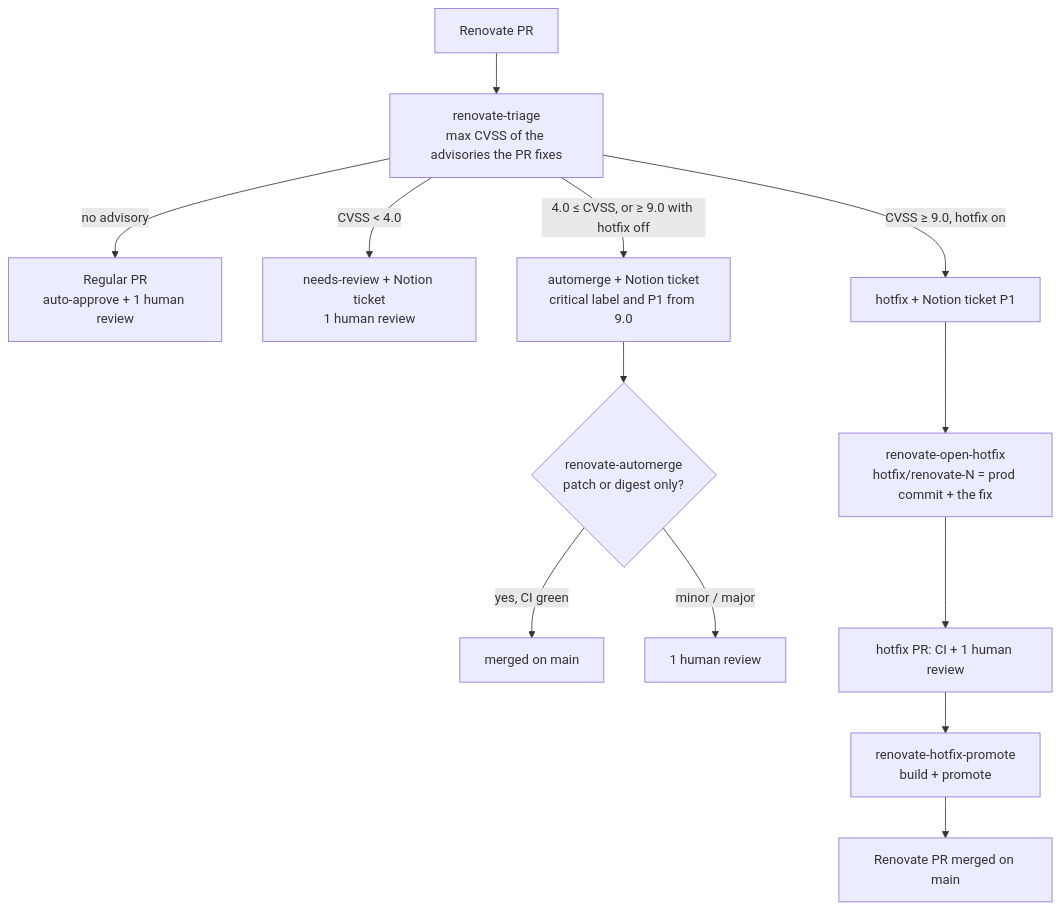
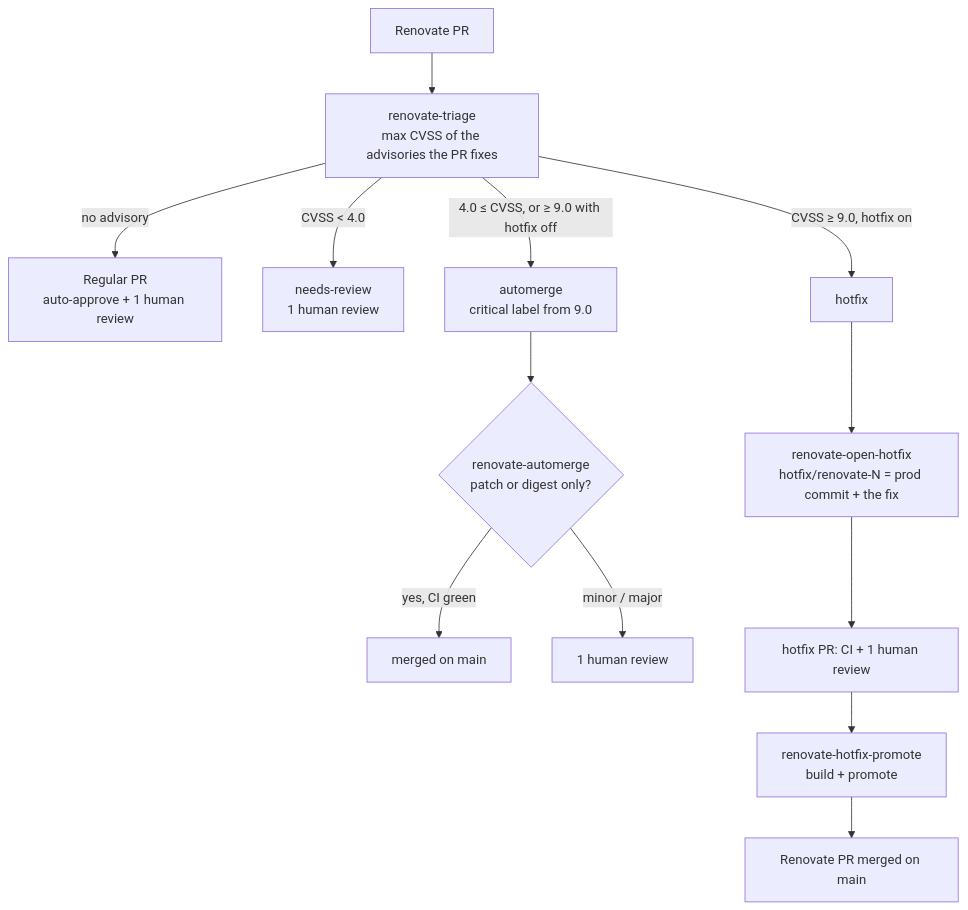
Before and after one commit to algoan/renovate-security-actions: the diagram in renovate-security/README.md, drawn with Mermaid. The commit also changed other lines of this file and 6 other files, not shown here.

First line of the commit message:
feat: drop the Notion ticket from the triage

````diff
--- a/renovate-security/README.md
+++ b/renovate-security/README.md
@@ -17,13 +17,13 @@
 ```mermaid
 flowchart TD
     PR[Renovate PR] --> T[renovate-triage<br/>max CVSS of the advisories the PR fixes]
     T -->|no advisory| N[Regular PR<br/>auto-approve + 1 human review]
-    T -->|CVSS < 4.0| M[needs-review + Notion ticket<br/>1 human review]
-    T -->|4.0 ≤ CVSS, or ≥ 9.0 with hotfix off| A[automerge + Notion ticket<br/>critical label and P1 from 9.0]
-    T -->|CVSS ≥ 9.0, hotfix on| H[hotfix + Notion ticket P1]
+    T -->|CVSS < 4.0| M[needs-review<br/>1 human review]
+    T -->|4.0 ≤ CVSS, or ≥ 9.0 with hotfix off| A[automerge<br/>critical label from 9.0]
+    T -->|CVSS ≥ 9.0, hotfix on| H[hotfix]
     A --> AM{renovate-automerge<br/>patch or digest only?}
     AM -->|yes, CI green| MM[merged on main]
     AM -->|minor / major| R[1 human review]
     H --> HO[renovate-open-hotfix<br/>hotfix/renovate-N = prod commit + the fix]
     HO --> HM[hotfix PR: CI + 1 human review] --> HP[renovate-hotfix-promote<br/>build + promote] --> BM[Renovate PR merged on main]
 ```
````
